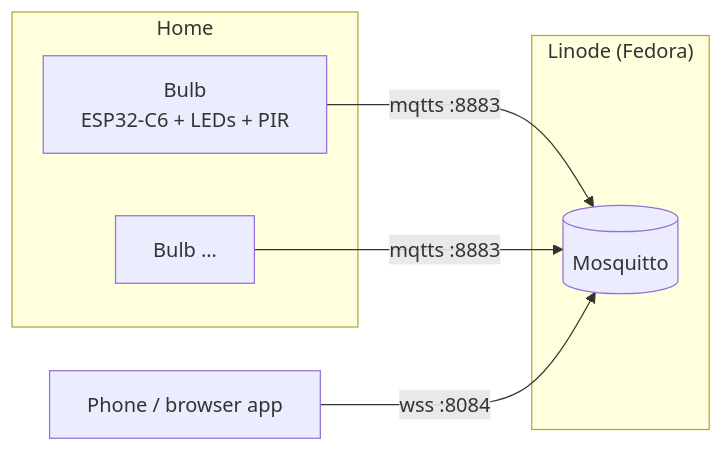
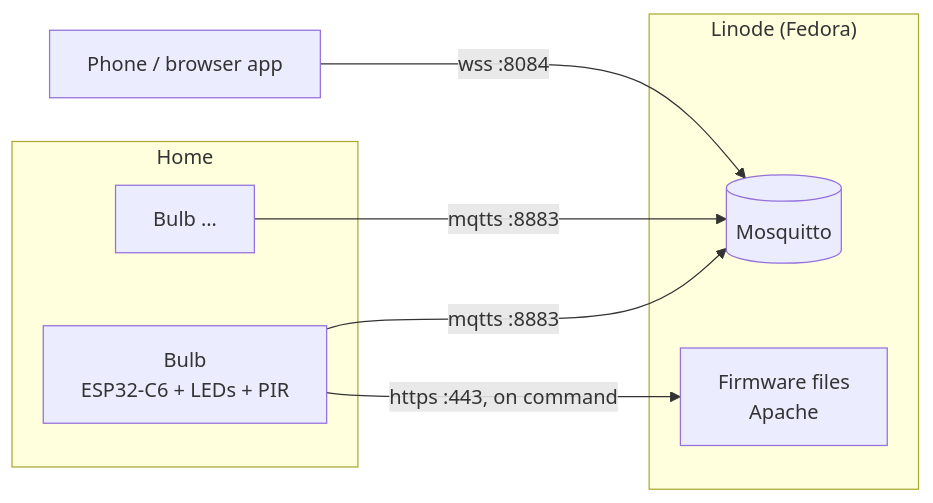
Before and after one commit to apicov/smart_bulbs: the diagram in docs/README.md, drawn with Mermaid. The commit also changed other lines of this file and 4 other files, not shown here.

````diff
--- a/docs/README.md
+++ b/docs/README.md
@@ -14,14 +20,16 @@
 ```mermaid
 flowchart LR
   subgraph Home
     B1[Bulb<br/>ESP32-C6 + LEDs + PIR]
     B2[Bulb …]
   end
   subgraph Linode["Linode (Fedora)"]
     M[(Mosquitto)]
+    F[Firmware files<br/>Apache]
   end
   P[Phone / browser app]
   B1 -- "mqtts :8883" --> M
   B2 -- "mqtts :8883" --> M
   P -- "wss :8084" --> M
+  B1 -- "https :443, on command" --> F
 ```
````
